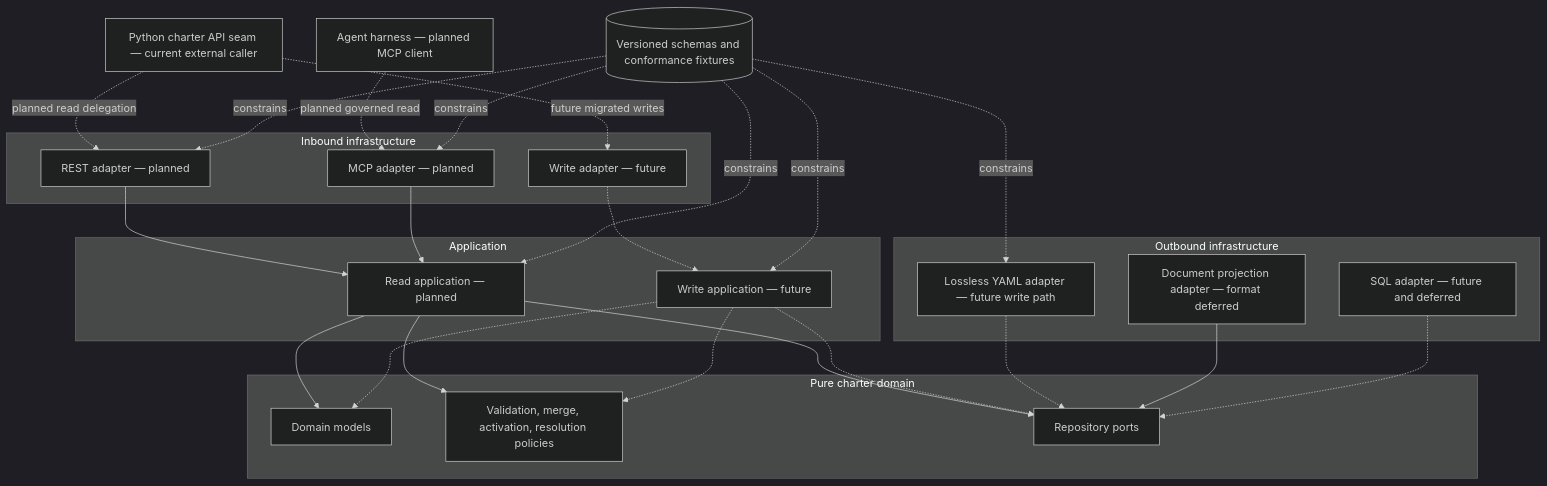
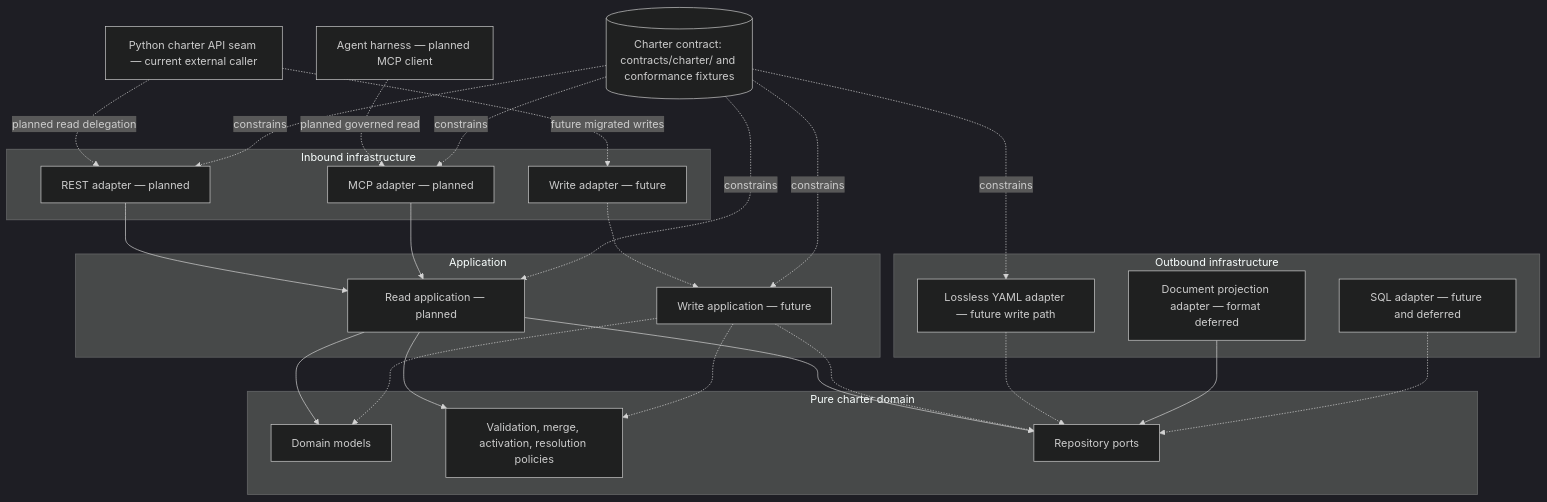
Before and after one commit to spec-kitty/spec-kitty: the second of 7 diagrams in docs/architecture/diagrams/03_components/README.md, drawn with Mermaid (dark theme). The commit also changed 2 other files, not shown here.

Commit message:
docs(landing): adopt the sibling service model for the charter service

````diff
--- a/docs/architecture/diagrams/03_components/README.md
+++ b/docs/architecture/diagrams/03_components/README.md
@@ -119,51 +119,51 @@
 ```mermaid
 flowchart TB
     python["Python charter API seam — current external caller"]
     agent["Agent harness — planned MCP client"]
 
     subgraph Inbound["Inbound infrastructure"]
       rest["REST adapter — planned"]
       mcp["MCP adapter — planned"]
       writeApi["Write adapter — future"]
     end
 
     subgraph Application["Application"]
       readApp["Read application — planned"]
       writeApp["Write application — future"]
     end
 
     subgraph Domain["Pure charter domain"]
       models["Domain models"]
       policies["Validation, merge, activation, resolution policies"]
       ports["Repository ports"]
     end
 
     subgraph Outbound["Outbound infrastructure"]
       yaml["Lossless YAML adapter — future write path"]
       document["Document projection adapter — format deferred"]
       sql["SQL adapter — future and deferred"]
     end
 
-    schemas[("Versioned schemas and conformance fixtures")]
+    schemas[("Charter contract: contracts/charter/ and conformance fixtures")]
 
     python -.->|planned read delegation| rest
     python -.->|future migrated writes| writeApi
     agent -.->|planned governed read| mcp
     rest --> readApp
     mcp --> readApp
     writeApi -.-> writeApp
     readApp --> models
     readApp --> policies
     readApp --> ports
     writeApp -.-> models
     writeApp -.-> policies
     writeApp -.-> ports
     yaml -.-> ports
     document --> ports
     sql -.-> ports
     schemas -.->|constrains| rest
     schemas -.->|constrains| mcp
     schemas -.->|constrains| readApp
     schemas -.->|constrains| writeApp
     schemas -.->|constrains| yaml
 ```
````
